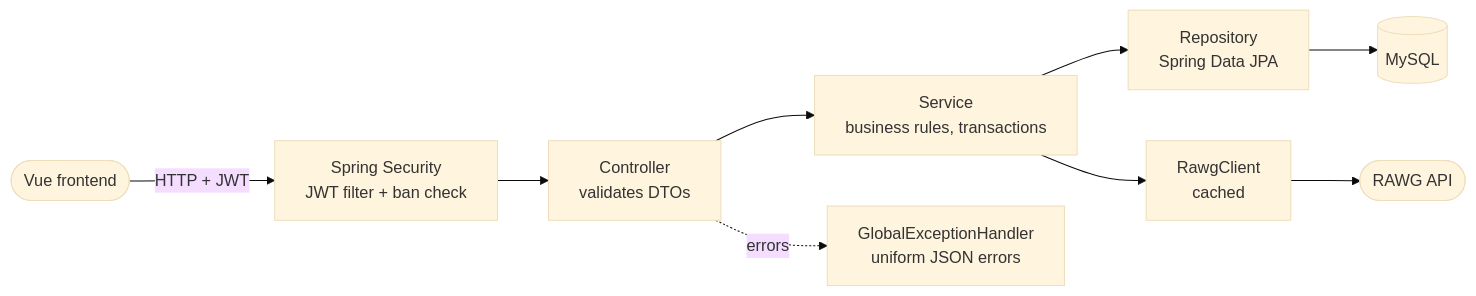
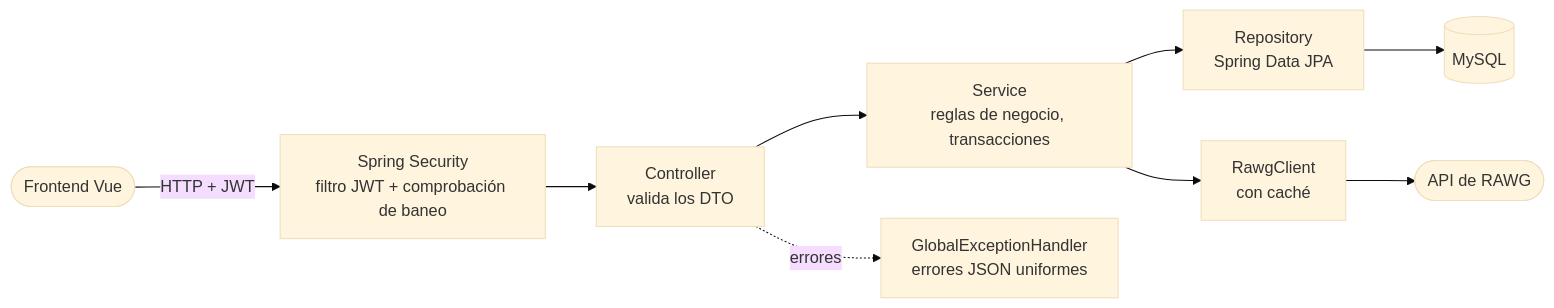
Before and after one commit to joseang1/gametracker-backend: the first of 4 diagrams in README.md, drawn with Mermaid (base theme). The commit also changed other lines of this file, not shown here.

````diff
--- a/README.md
+++ b/README.md
@@ -74,11 +74,11 @@
 ```mermaid
 flowchart LR
-    Client([Vue frontend]) -->|HTTP + JWT| Filter[Spring Security<br/>JWT filter + ban check]
-    Filter --> Controller[Controller<br/>validates DTOs]
-    Controller --> Service[Service<br/>business rules, transactions]
+    Client([Frontend Vue]) -->|HTTP + JWT| Filter[Spring Security<br/>filtro JWT + comprobación de baneo]
+    Filter --> Controller[Controller<br/>valida los DTO]
+    Controller --> Service[Service<br/>reglas de negocio, transacciones]
     Service --> Repository[Repository<br/>Spring Data JPA]
     Repository --> DB[(MySQL)]
-    Service --> Rawg[RawgClient<br/>cached]
-    Rawg --> RAWG([RAWG API])
-    Controller -. errors .-> Handler[GlobalExceptionHandler<br/>uniform JSON errors]
+    Service --> Rawg[RawgClient<br/>con caché]
+    Rawg --> RAWG([API de RAWG])
+    Controller -. errores .-> Handler[GlobalExceptionHandler<br/>errores JSON uniformes]
 ```
````
